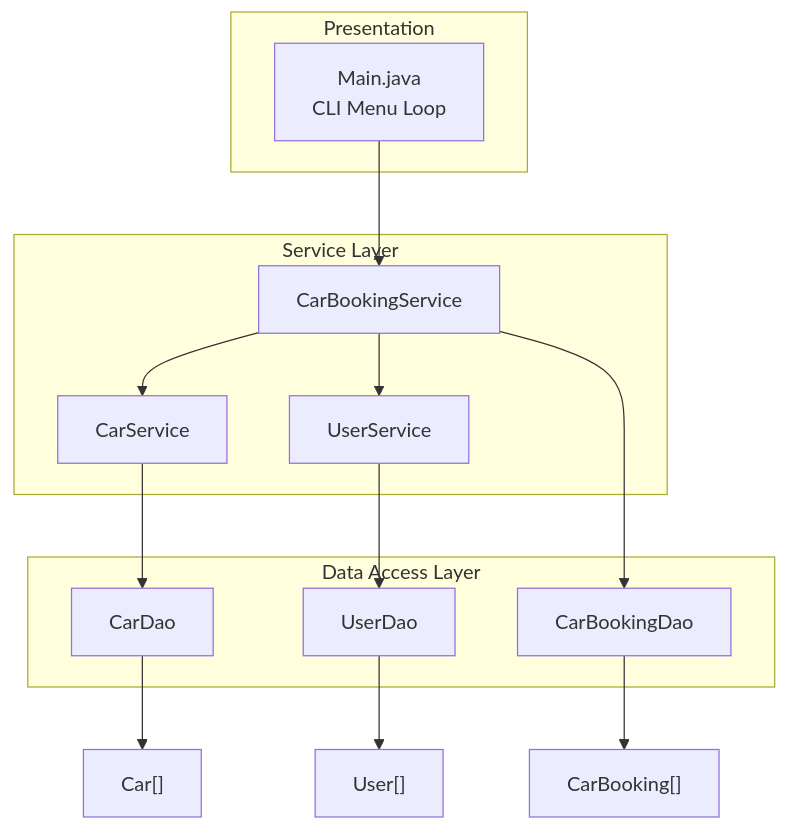
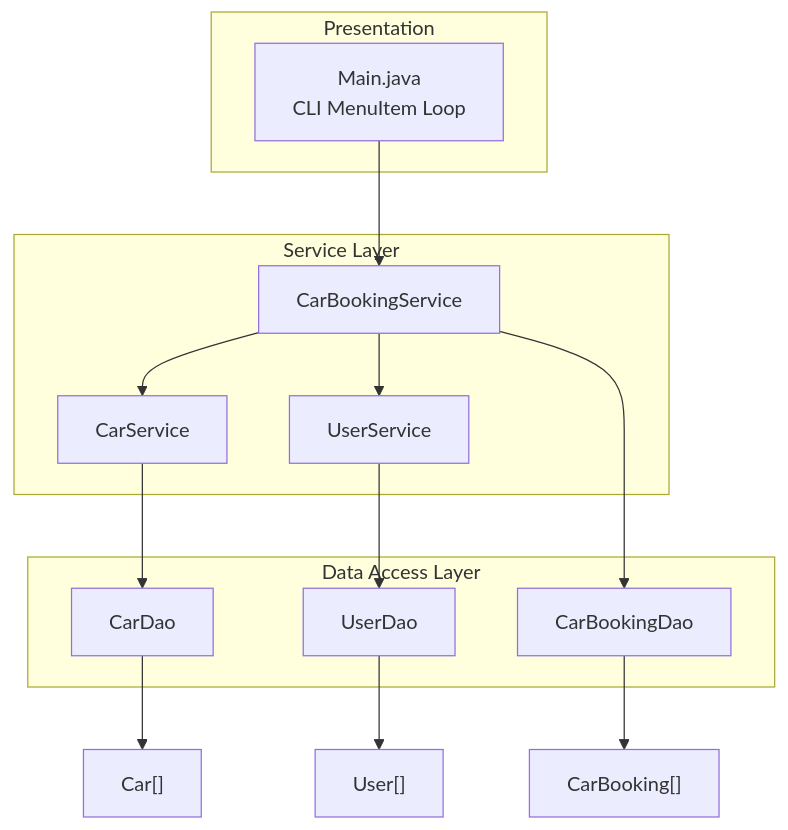
Before and after one commit to amigoscode/java-master-class: the fifth of 10 diagrams in README.md, drawn with Mermaid. The commit also changed other lines of this file and 17 other files, not shown here.

````diff
--- a/README.md
+++ b/README.md
@@ -301,28 +301,28 @@
 ```mermaid
 graph TB
     subgraph Presentation
-        M[Main.java<br>CLI Menu Loop]
+        M[Main.java<br>CLI MenuItem Loop]
     end
 
     subgraph Service Layer
         CBS[CarBookingService]
         CS[CarService]
         US[UserService]
     end
 
     subgraph Data Access Layer
         CBD[CarBookingDao]
         CD[CarDao]
         UD[UserDao]
     end
 
     M --> CBS
     CBS --> CS
     CBS --> US
     CBS --> CBD
     CS --> CD
     US --> UD
     CBD --> BA["CarBooking[]"]
     CD --> CA["Car[]"]
     UD --> UA["User[]"]
 ```
````
